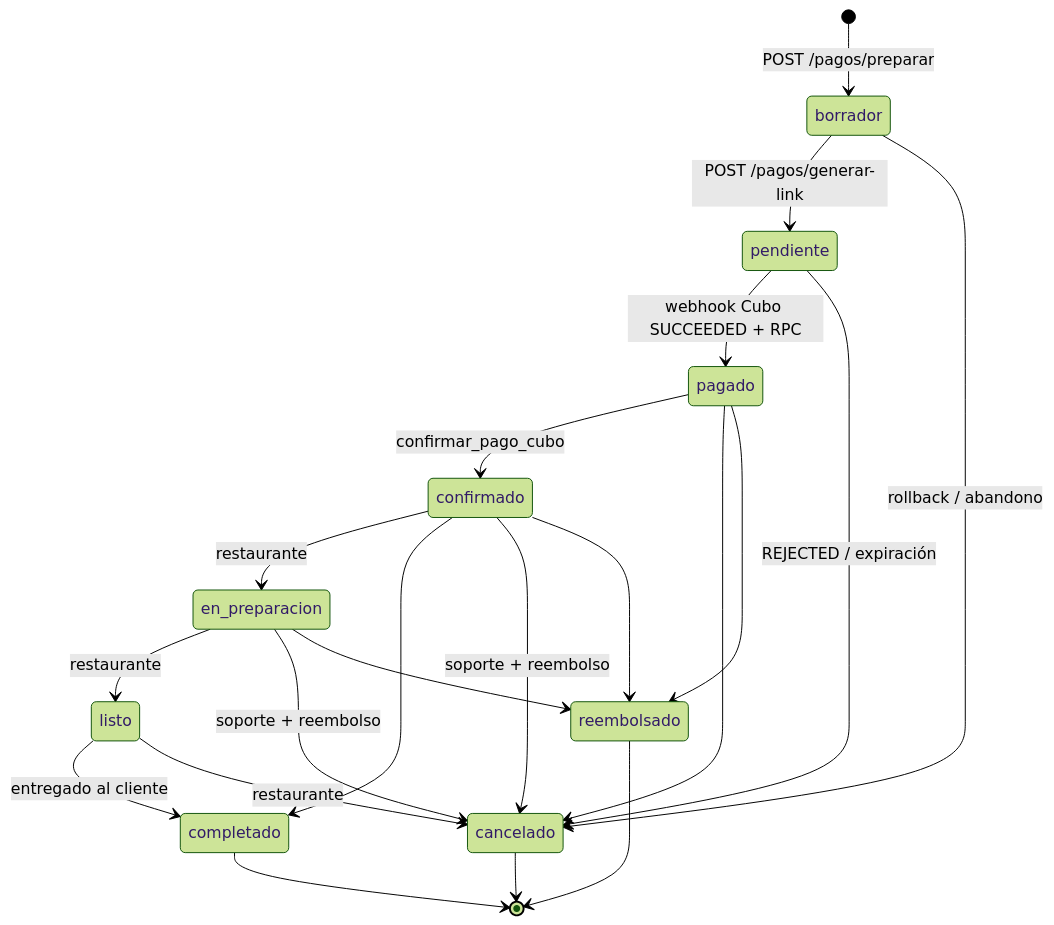
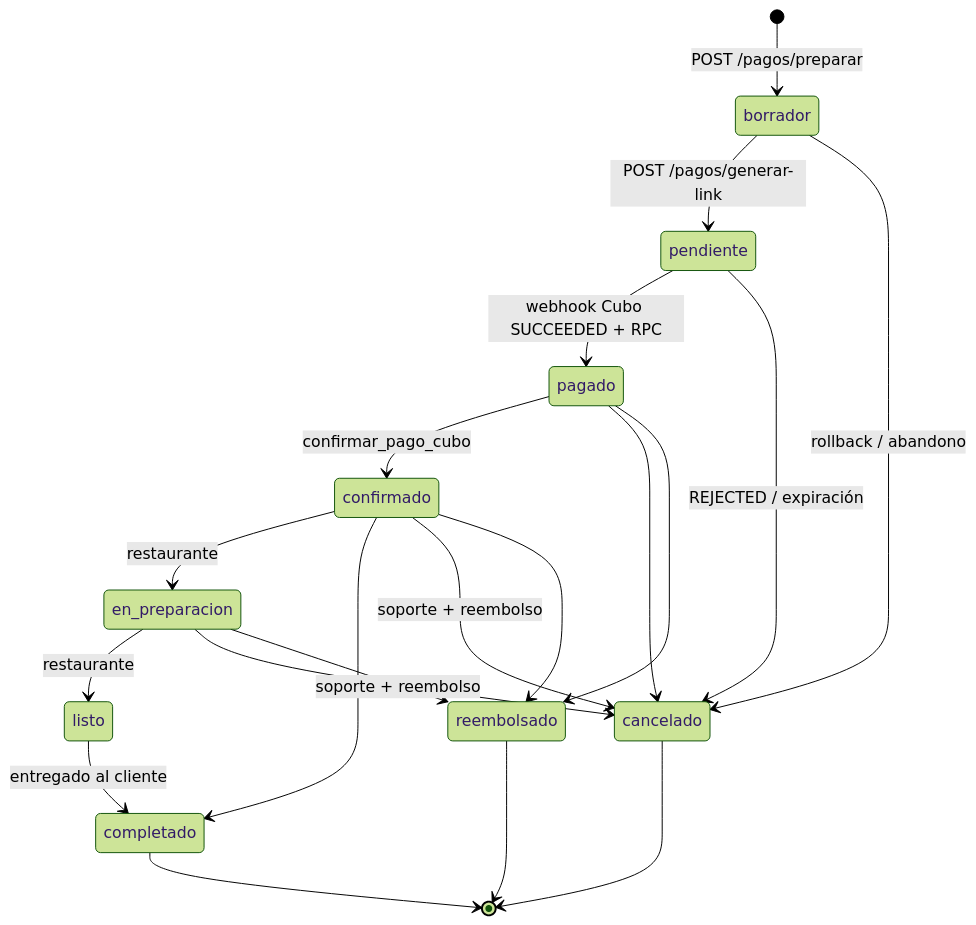
The diagram in docs/STATE_MACHINE_Y_CONTRATOS.md (Stabilititrsut/bocara), drawn with Mermaid (forest theme) before and after one commit. The commit also changed other lines of this file and 2 other files, not shown here.

````diff
--- a/docs/STATE_MACHINE_Y_CONTRATOS.md
+++ b/docs/STATE_MACHINE_Y_CONTRATOS.md
@@ -60,29 +60,28 @@
 ```mermaid
 stateDiagram-v2
     [*] --> borrador: POST /pagos/preparar
     borrador --> pendiente: POST /pagos/generar-link
     borrador --> cancelado: rollback / abandono
 
     pendiente --> pagado: webhook Cubo SUCCEEDED + RPC
     pendiente --> cancelado: REJECTED / expiración
 
     pagado --> confirmado: confirmar_pago_cubo
     pagado --> cancelado
     pagado --> reembolsado
 
     confirmado --> en_preparacion: restaurante
     confirmado --> completado
     confirmado --> cancelado: soporte + reembolso
     confirmado --> reembolsado
 
     en_preparacion --> listo: restaurante
     en_preparacion --> cancelado: soporte + reembolso
     en_preparacion --> reembolsado
 
     listo --> completado: entregado al cliente
-    listo --> cancelado: restaurante
 
     completado --> [*]
     cancelado --> [*]
     reembolsado --> [*]
 ```
````
